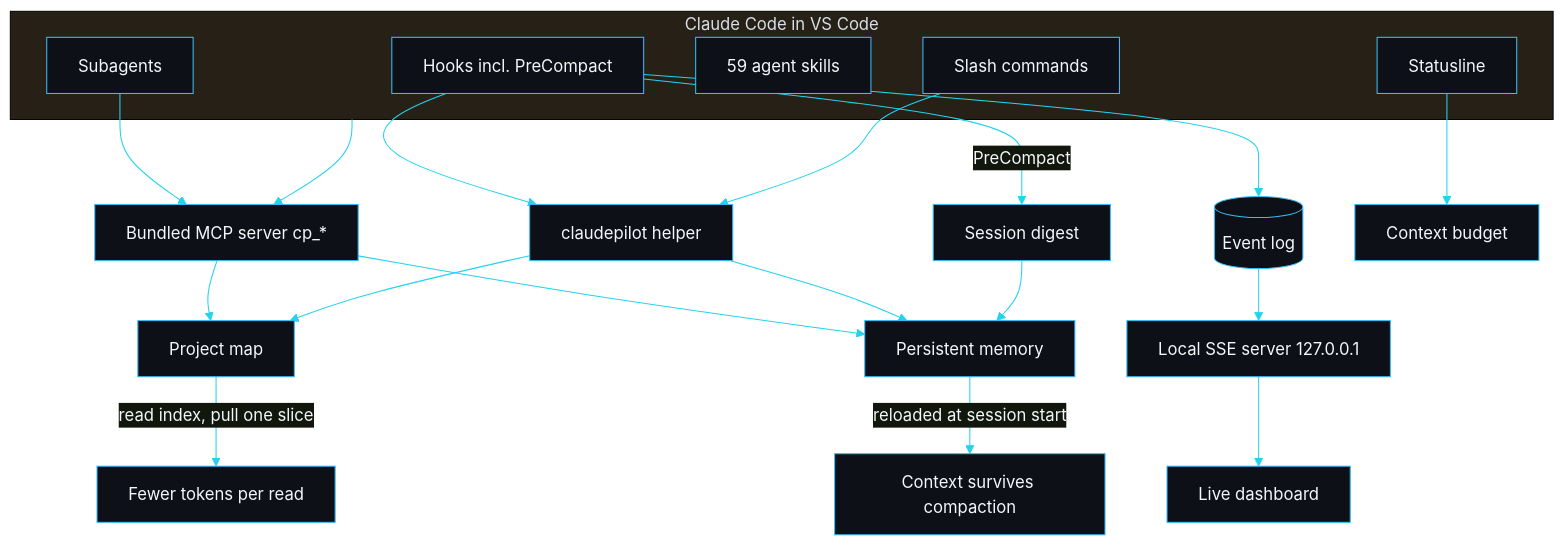
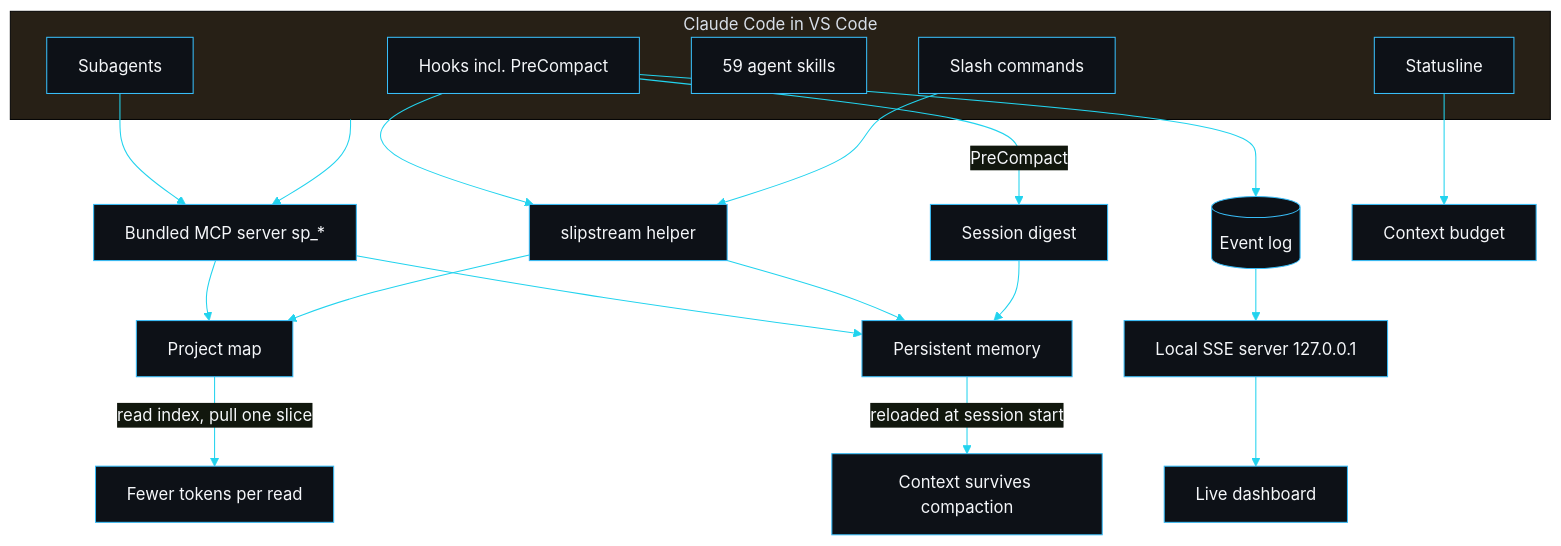
The diagram in wiki/Home.md (sarmakska/slipstream), drawn with Mermaid before and after one commit. The commit also changed other lines of this file and 35 other files, not shown here.

````diff
--- a/wiki/Home.md
+++ b/wiki/Home.md
@@ -16,27 +18,27 @@
 ```mermaid
 %%{init: {'theme':'base','themeVariables':{'primaryColor':'#0d1117','primaryTextColor':'#f5f7fa','primaryBorderColor':'#38bdf8','lineColor':'#22d3ee','fontFamily':'monospace'}}}%%
 flowchart TD
   subgraph CC[Claude Code in VS Code]
     Hooks[Hooks incl. PreCompact]
     Cmds[Slash commands]
     Skills[59 agent skills]
     Agents[Subagents]
     SL[Statusline]
   end
-  CC --> MCP[Bundled MCP server cp_*]
-  Hooks --> Helper[claudepilot helper]
+  CC --> MCP[Bundled MCP server sp_*]
+  Hooks --> Helper[slipstream helper]
   Cmds --> Helper
   Agents --> MCP
   MCP --> Map[Project map]
   Helper --> Map
   MCP --> Mem[Persistent memory]
   Helper --> Mem
   Hooks -->|PreCompact| Digest[Session digest]
   Digest --> Mem
   Hooks --> Log[(Event log)]
   Log --> Server[Local SSE server 127.0.0.1]
   Server --> UI[Live dashboard]
   SL --> Budget[Context budget]
   Map -->|read index, pull one slice| Tokens[Fewer tokens per read]
   Mem -->|reloaded at session start| Survive[Context survives compaction]
 ```
````
